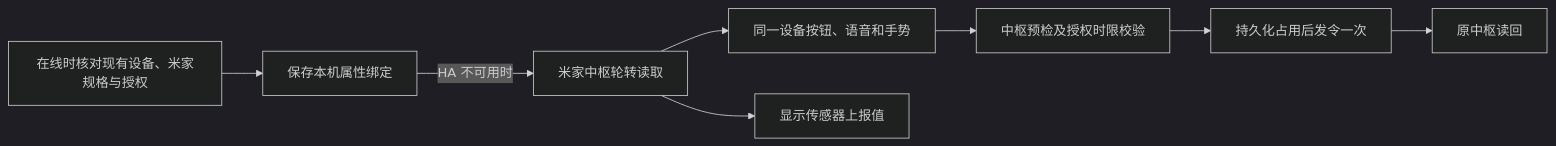
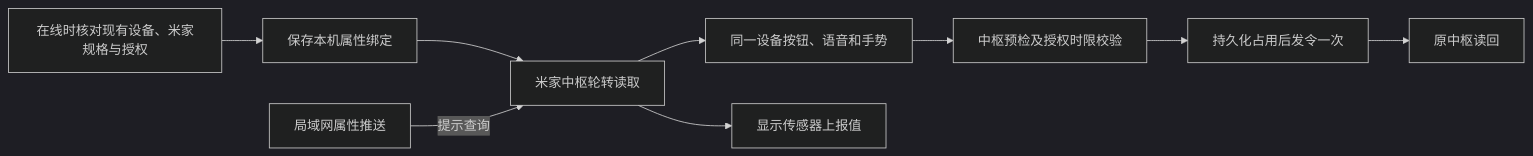
Before and after one commit to Geeprox/Friday: the fifth of 40 diagrams in docs/architecture.md, drawn with Mermaid (dark theme). The commit also changed other lines of this file and 14 other files, not shown here.

````diff
--- a/docs/architecture.md
+++ b/docs/architecture.md
@@ -101,10 +101,11 @@
 ```mermaid
 flowchart LR
   A[在线时核对现有设备、米家规格与授权] --> B[保存本机属性绑定]
-  B -->|HA 不可用时| C[米家中枢轮转读取]
+  B --> C[米家中枢轮转读取]
+  I[局域网属性推送] -->|提示查询| C
   C --> D[同一设备按钮、语音和手势]
   D --> E[中枢预检及授权时限校验]
   E --> F[持久化占用后发令一次]
   F --> G[原中枢读回]
   C --> H[显示传感器上报值]
 ```
````
